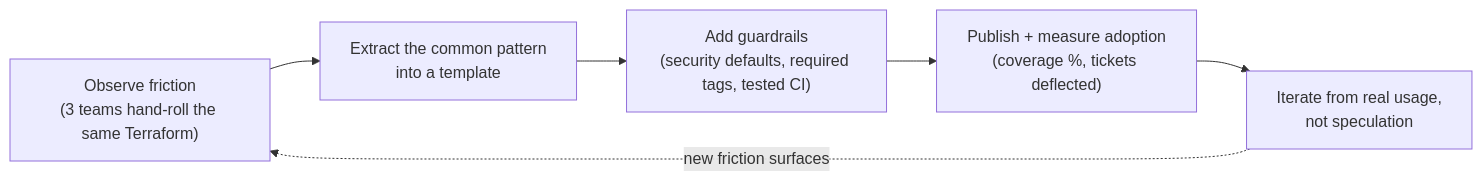
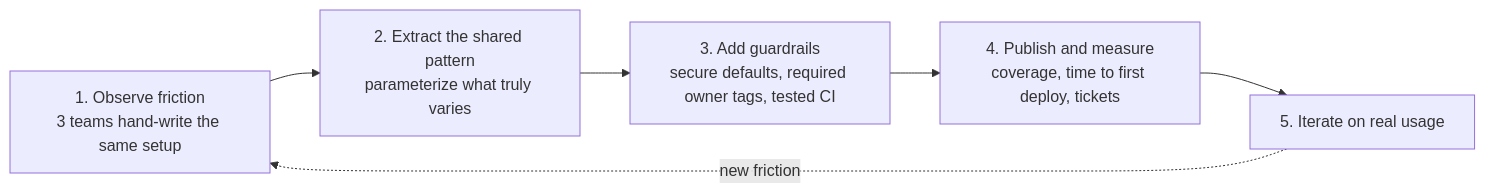
The second of 2 diagrams in src/content/architecture/platform-engineering/L2-concept.mdx (francoandreDev/knowledge), drawn with Mermaid before and after one commit. The commit also changed other lines of this file and 18 other files, not shown here.

Commit message:
Migrate architecture batch 3 (tech-radar, platform-engineering, multi-tenant-architecture, reference-architectures) to the three-tier exercise model

````diff
--- a/src/content/architecture/platform-engineering/L2-concept.mdx
+++ b/src/content/architecture/platform-engineering/L2-concept.mdx
@@ -88,8 +84,8 @@
 ```mermaid
 flowchart LR
-    A["Observe friction\n(3 teams hand-roll the same Terraform)"] --> B["Extract the common pattern\ninto a template"]
-    B --> C["Add guardrails\n(security defaults, required tags, tested CI)"]
-    C --> D["Publish + measure adoption\n(coverage %, tickets deflected)"]
-    D --> E["Iterate from real usage,\nnot speculation"]
-    E -.->|new friction surfaces| A
+    A["1. Observe friction<br/>3 teams hand-write the same setup"] --> B["2. Extract the shared pattern<br/>parameterize what truly varies"]
+    B --> C["3. Add guardrails<br/>secure defaults, required owner tags, tested CI"]
+    C --> D["4. Publish and measure<br/>coverage, time to first deploy, tickets"]
+    D --> E["5. Iterate on real usage"]
+    E -.->|"new friction"| A
 ```
````
